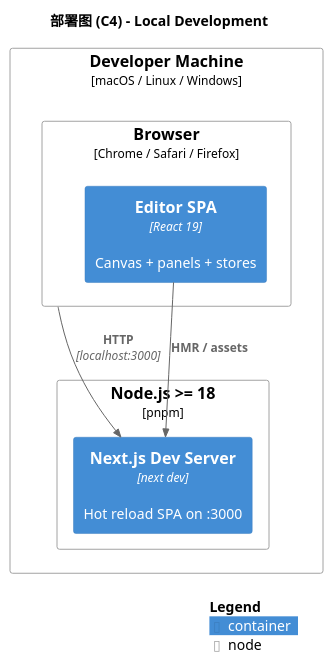
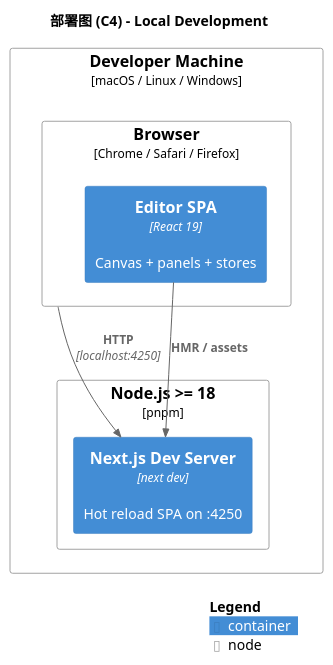
One commit to felixzhu97/explore changed the diagram in explore-lowcode/docs/developer/c4-model/C4-Deployment.puml. Above: the diagram before and after it, drawn with PlantUML. The commit also changed 15 other files, not shown here.

```diff
--- a/explore-lowcode/docs/developer/c4-model/C4-Deployment.puml
+++ b/explore-lowcode/docs/developer/c4-model/C4-Deployment.puml
@@ -1,21 +1,21 @@
 @startuml C4-Deployment
 !include https://raw.githubusercontent.com/plantuml-stdlib/C4-PlantUML/master/C4_Deployment.puml
 
 LAYOUT_WITH_LEGEND()
 
 title 部署图 (C4) - Local Development
 
 Deployment_Node(dev_machine, "Developer Machine", "macOS / Linux / Windows") {
     Deployment_Node(node_runtime, "Node.js >= 18", "pnpm") {
-        Container(next_dev, "Next.js Dev Server", "next dev", "Hot reload SPA on :3000")
+        Container(next_dev, "Next.js Dev Server", "next dev", "Hot reload SPA on :4250")
     }
     Deployment_Node(browser, "Browser", "Chrome / Safari / Firefox") {
         Container(spa_client, "Editor SPA", "React 19", "Canvas + panels + stores")
     }
 }
 
-Rel(browser, next_dev, "HTTP", "localhost:3000")
+Rel(browser, next_dev, "HTTP", "localhost:4250")
 Rel(spa_client, next_dev, "HMR / assets")
 
 SHOW_LEGEND()
 @enduml
```
